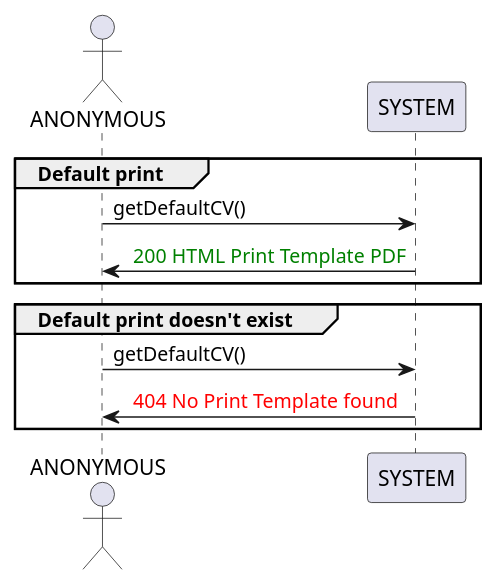
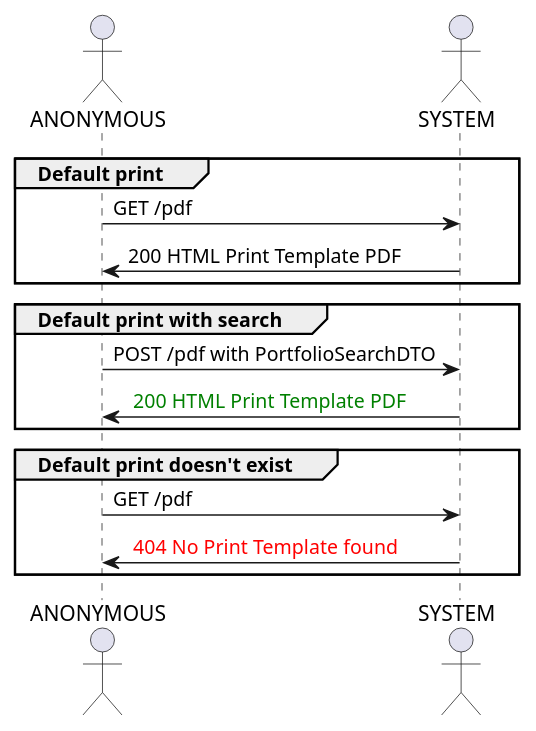
One commit to kane16/portfolio-server changed the first of 3 diagrams in KB/CV View/CV View.md. Above: the diagram before and after it, drawn with PlantUML. The commit also changed other lines of this file and 24 other files, not shown here.

````diff
--- a/KB/CV View/CV View.md
+++ b/KB/CV View/CV View.md
@@ -5,11 +5,16 @@
 ```plantuml
 actor ANONYMOUS as guest
+actor SYSTEM as system
 group Default print
-guest -> SYSTEM: getDefaultCV() 
-SYSTEM -> guest: <font color=green> 200 HTML Print Template PDF
+guest -> system: GET /pdf
+system -> guest: 200 HTML Print Template PDF
+end
+group Default print with search
+guest -> system: POST /pdf with PortfolioSearchDTO 
+system -> guest: <font color=green> 200 HTML Print Template PDF
 end
 group Default print doesn't exist
-guest -> SYSTEM: getDefaultCV() 
-SYSTEM -> guest: <font color=red> 404 No Print Template found
+guest -> system: GET /pdf
+system -> guest: <font color=red> 404 No Print Template found
 end
 ```
````
